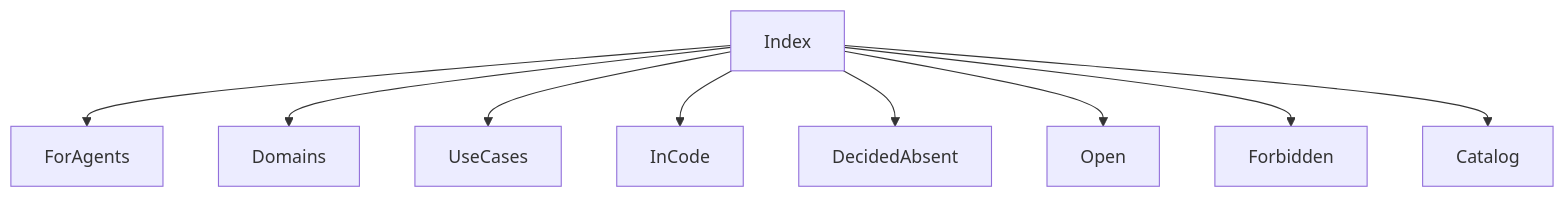
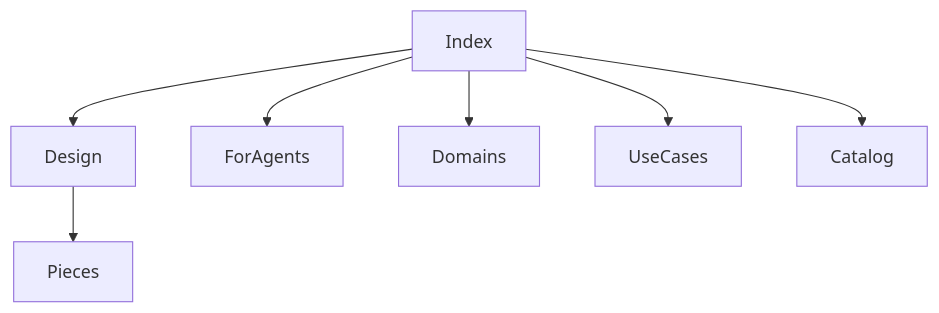
The diagram in docs/index.md (ahmedSamir50/Recall), drawn with Mermaid before and after one commit. The commit also changed other lines of this file and 34 other files, not shown here.

````diff
--- a/docs/index.md
+++ b/docs/index.md
@@ -21,11 +23,9 @@
 ```mermaid
 flowchart TD
+  Index --> Design
+  Design --> Pieces
   Index --> ForAgents
   Index --> Domains
   Index --> UseCases
-  Index --> InCode
-  Index --> DecidedAbsent
-  Index --> Open
-  Index --> Forbidden
   Index --> Catalog
 ```
````
